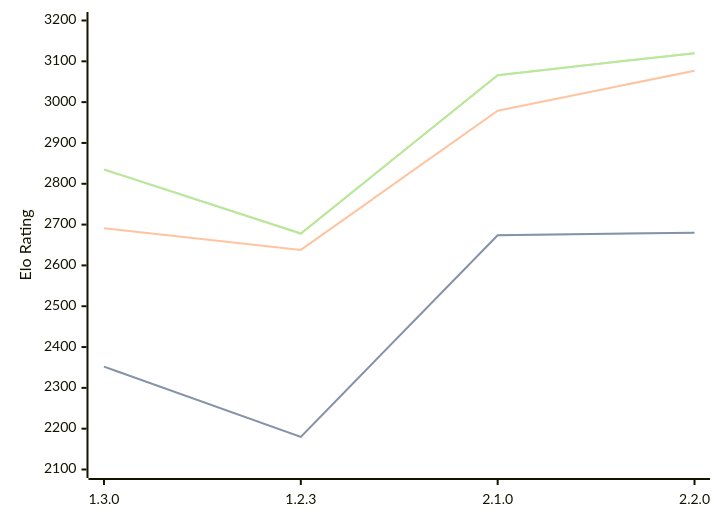
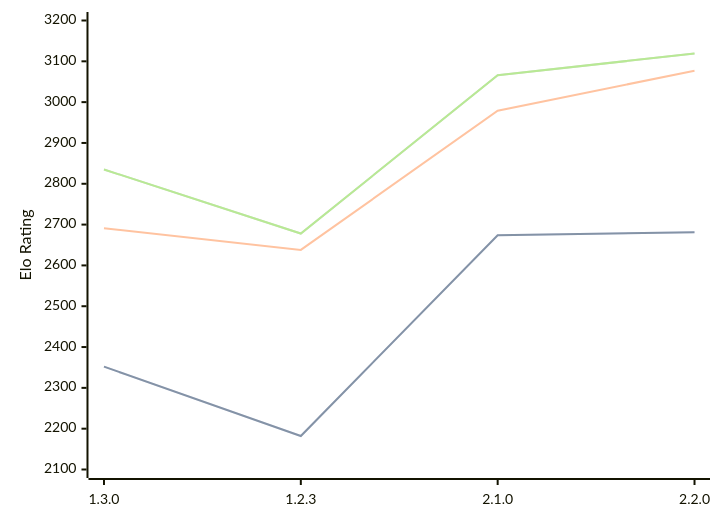
One commit to computer-chess-index/cci changed the diagram in engines/Aspen.md. Above: the diagram before and after it, drawn with Mermaid. The commit also changed other lines of this file, not shown here.

Commit message:
Update CCI Ratings (ELO VLTC) - 2026-08-01

````diff
--- a/engines/Aspen.md
+++ b/engines/Aspen.md
@@ -43,11 +43,11 @@
 ```mermaid
 %%{init: {"theme":"base","themeVariables":{"seriesColors:['#a3a3a3','#222221','#faa371']}}}%%
 xychart-beta
   x-axis ["1.3.0", "1.2.3", "2.1.0", "2.2.0"]
   y-axis "Elo Rating" 2100 --> 3200
-  line "STC (8.0+0.08s)" [2352, 2180, 2674, 2680]
-  line "STC (8.0+0.08s)" [2352, 2180, 2674, 2680]
+  line "STC (8.0+0.08s)" [2352, 2182, 2674, 2681]
+  line "STC (8.0+0.08s)" [2352, 2182, 2674, 2681]
   line "LTC (60.0+0.60s)" [2691, 2638, 2979, 3077]
-  line "VLTC (2m24s+1.12s)" [2835, 2678, 3066, 3120]
-  line "VLTC (2m24s+1.12s)" [2835, 2678, 3066, 3120]
+  line "VLTC (2m24s+1.12s)" [2835, 2678, 3066, 3119]
+  line "VLTC (2m24s+1.12s)" [2835, 2678, 3066, 3119]
 ```
````
